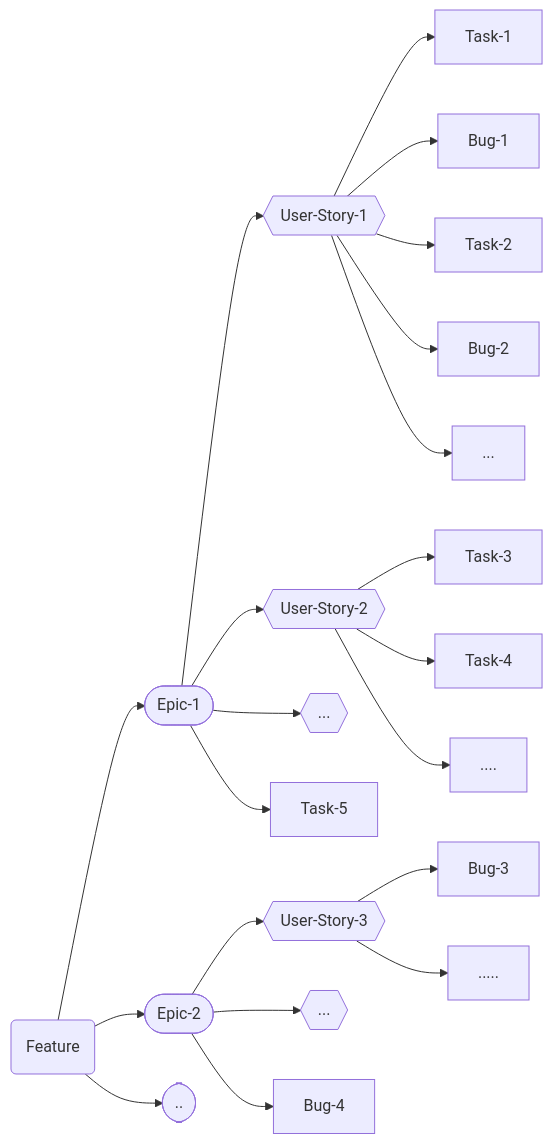
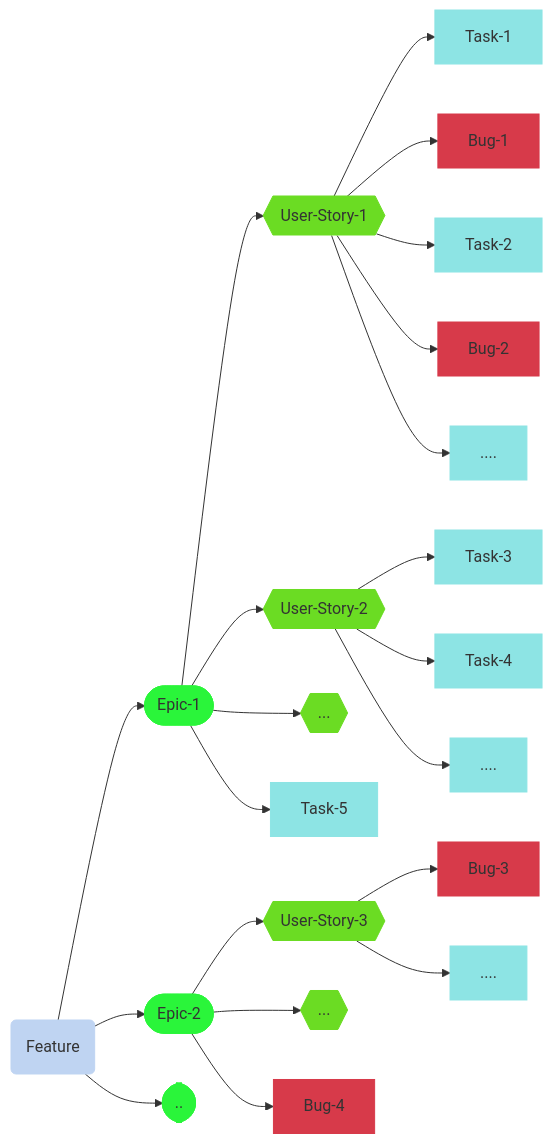
One commit to Arc-i-Tech/Arc-i-Tech.github.io changed the diagram in docs/project-management/data-model.md. Above: the diagram before and after it, drawn with Mermaid. The commit also changed 3 other files, not shown here.

````diff
--- a/docs/project-management/data-model.md
+++ b/docs/project-management/data-model.md
@@ -2,42 +2,67 @@
 ```mermaid
 flowchart LR;
   f1(Feature)
   e1([Epic-1])
   e2([Epic-2])
   e3([..])
   us1{{User-Story-1}}
   us2{{User-Story-2}}
   us3{{...}}
   us4{{User-Story-3}}
   us5{{...}}
   t1[Task-1]
   t2[Task-2]
   t3[Task-3]
   t4[Task-4]
   t5[Task-5]
+  t6[....]
+  t7[....]
+  t8[....]
   b1[Bug-1]
   b2[Bug-2]
   b3[Bug-3]
   b4[Bug-4]
   
+  style f1 fill:#bfd4f2,stroke:#bfd4f2
+  style e1 fill:#2AF53A,stroke:#2AF53A
+  style e2 fill:#2AF53A,stroke:#2AF53A
+  style e3 fill:#2AF53A,stroke:#2AF53A
+  style us1 fill:#6BDC23,stroke:#6BDC23
+  style us2 fill:#6BDC23,stroke:#6BDC23
+  style us3 fill:#6BDC23,stroke:#6BDC23
+  style us4 fill:#6BDC23,stroke:#6BDC23
+  style us5 fill:#6BDC23,stroke:#6BDC23
+  style t1 fill:#8DE4E4,stroke:#8DE4E4
+  style t2 fill:#8DE4E4,stroke:#8DE4E4
+  style t3 fill:#8DE4E4,stroke:#8DE4E4
+  style t4 fill:#8DE4E4,stroke:#8DE4E4
+  style t5 fill:#8DE4E4,stroke:#8DE4E4
+  style t6 fill:#8DE4E4,stroke:#8DE4E4
+  style t7 fill:#8DE4E4,stroke:#8DE4E4
+  style t8 fill:#8DE4E4,stroke:#8DE4E4
+  style b1 fill:#d73a4a,stroke:#d73a4a
+  style b2 fill:#d73a4a,stroke:#d73a4a
+  style b3 fill:#d73a4a,stroke:#d73a4a
+  style b4 fill:#d73a4a,stroke:#d73a4a
+
   f1 --> e1
   f1 --> e2
   f1 --> e3
   e1 --> us1
   e1 --> us2
   e1 --> us3
   e1 --> t5
   e2 --> us4
   e2 --> us5
   e2 --> b4
   us1 --> t1
   us1 --> b1
   us1 --> t2
   us1 --> b2
-  us1 --> ...
+  us1 --> t6
   us2 --> t3
   us2 --> t4
   us4 --> b3
-  us2 --> ....
-  us4 --> .....
+  us2 --> t7
+  us4 --> t8
 ```
````
